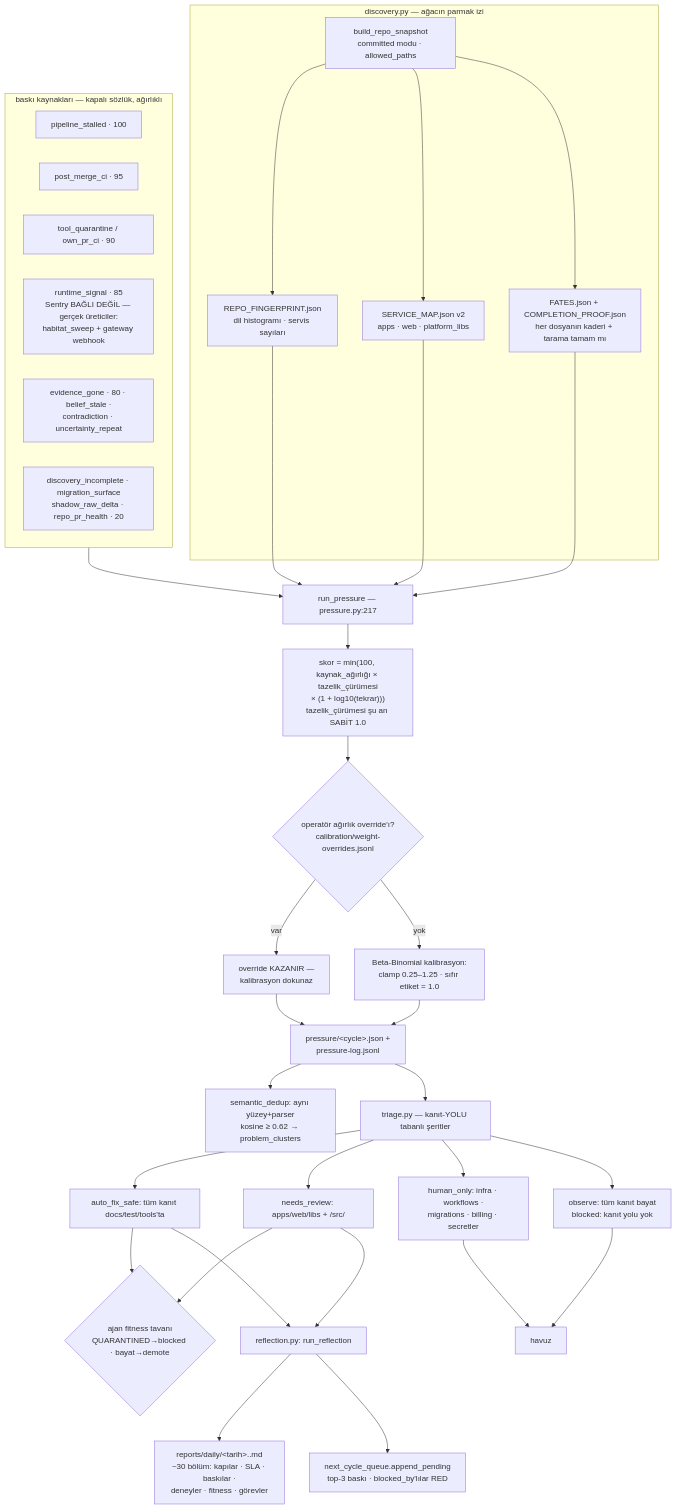
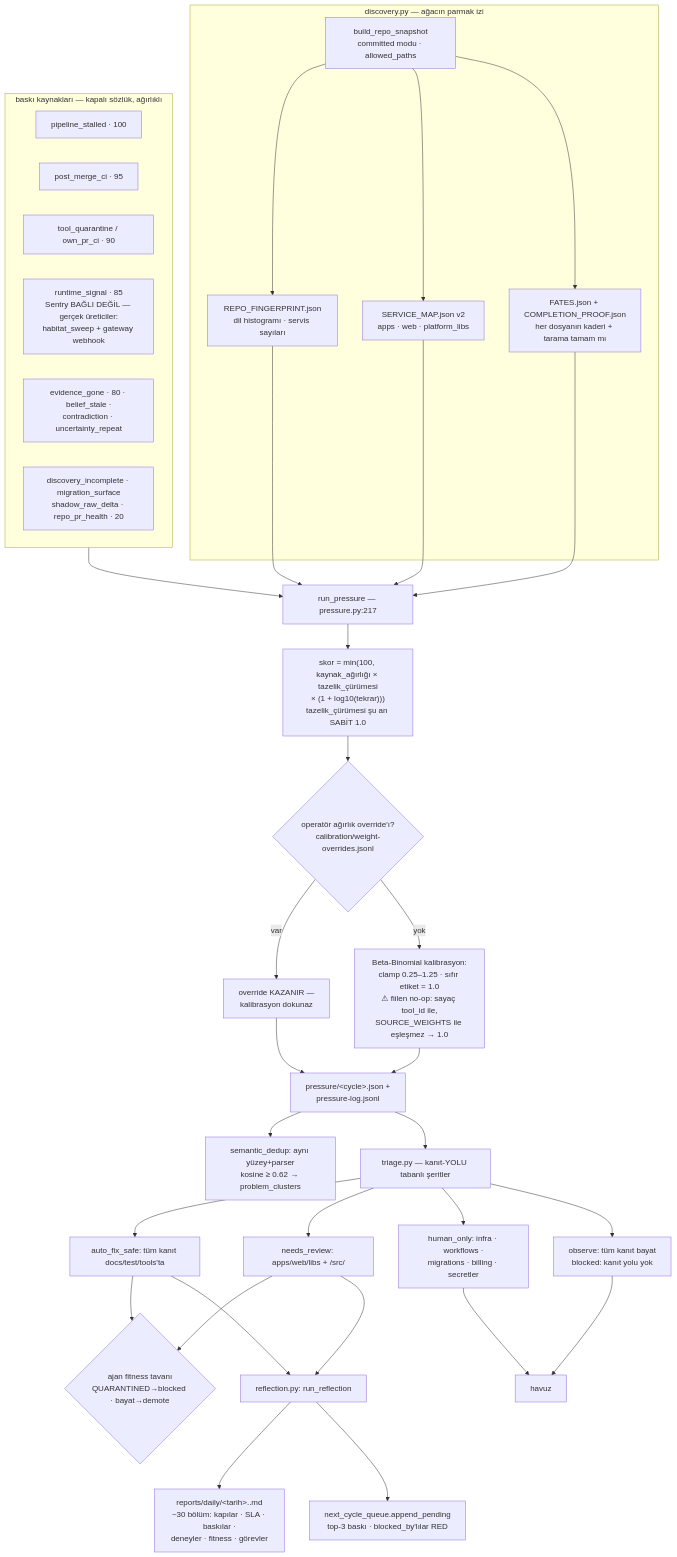
One commit to Okan-wqm/aquaculture_platform changed the ninth of 25 diagrams in ARIA-MIMARI-SEMALARI.md. Above: the diagram before and after it, drawn with Mermaid. The commit also changed other lines of this file and 14 other files, not shown here.

````diff
--- a/ARIA-MIMARI-SEMALARI.md
+++ b/ARIA-MIMARI-SEMALARI.md
@@ -386,34 +386,34 @@
 ```mermaid
 flowchart TD
     subgraph DISCOVERY[discovery.py — ağacın parmak izi]
         D1[build_repo_snapshot<br/>committed modu · allowed_paths] --> D2[REPO_FINGERPRINT.json<br/>dil histogramı · servis sayıları]
         D1 --> D3[SERVICE_MAP.json v2<br/>apps · web · platform_libs]
         D1 --> D4[FATES.json + COMPLETION_PROOF.json<br/>her dosyanın kaderi + tarama tamam mı]
     end
     D2 & D3 & D4 --> P[run_pressure — pressure.py:217]
     subgraph SOURCES[baskı kaynakları — kapalı sözlük, ağırlıklı]
         S1[pipeline_stalled · 100]
         S2[post_merge_ci · 95]
         S3[tool_quarantine / own_pr_ci · 90]
         S4[runtime_signal · 85<br/>Sentry BAĞLI DEĞİL — gerçek üreticiler:<br/>habitat_sweep + gateway webhook]
         S5[evidence_gone · 80 · belief_stale ·<br/>contradiction · uncertainty_repeat]
         S6[discovery_incomplete · migration_surface<br/>shadow_raw_delta · repo_pr_health · 20]
     end
     SOURCES --> P
     P --> W["skor = min(100, kaynak_ağırlığı × tazelik_çürümesi<br/>× (1 + log10(tekrar)))<br/>tazelik_çürümesi şu an SABİT 1.0"]
     W --> OV{operatör ağırlık override'ı?<br/>calibration/weight-overrides.jsonl}
     OV -- var --> W2[override KAZANIR —<br/>kalibrasyon dokunaz]
-    OV -- yok --> W3[Beta-Binomial kalibrasyon:<br/>clamp 0.25–1.25 · sıfır etiket = 1.0]
+    OV -- yok --> W3[Beta-Binomial kalibrasyon:<br/>clamp 0.25–1.25 · sıfır etiket = 1.0<br/>⚠ fiilen no-op: sayaç tool_id ile,<br/>SOURCE_WEIGHTS ile eşleşmez → 1.0]
     W2 & W3 --> OUT[pressure/&lt;cycle&gt;.json +<br/>pressure-log.jsonl]
     OUT --> SD[semantic_dedup: aynı yüzey+parser<br/>kosine ≥ 0.62 → problem_clusters]
     OUT --> TR[triage.py — kanıt-YOLU tabanlı şeritler]
     TR --> T1[auto_fix_safe: tüm kanıt docs/test/tools'ta]
     TR --> T2[needs_review: apps/web/libs + /src/]
     TR --> T3[human_only: infra · workflows ·<br/>migrations · billing · secretler]
     TR --> T4[observe: tüm kanıt bayat<br/>blocked: kanıt yolu yok]
     T1 & T2 --> AGF{ajan fitness tavanı<br/>QUARANTINED→blocked · bayat→demote}
     T3 & T4 --> HR[havuz]
     T1 & T2 --> RF[reflection.py: run_reflection]
     RF --> RP[reports/daily/&lt;tarih&gt;..md<br/>~30 bölüm: kapılar · SLA · baskılar ·<br/>deneyler · fitness · görevler]
     RF --> NCQ[next_cycle_queue.append_pending<br/>top-3 baskı · blocked_by'lılar RED]
 ```
````
